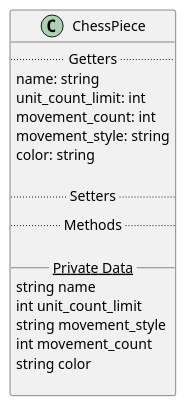
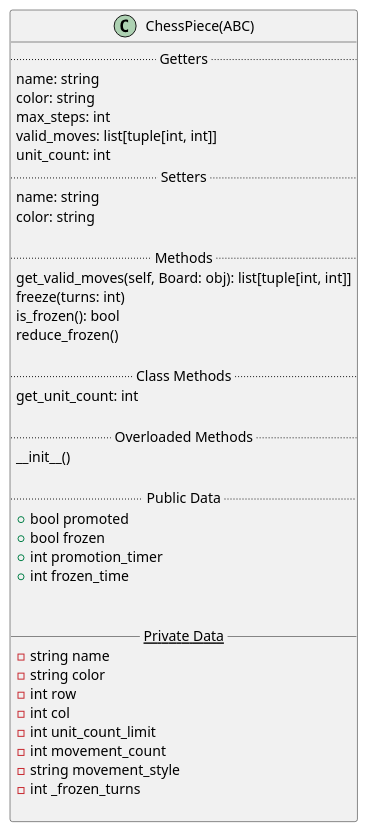
Before and after one commit to Jaynuke79/OOP-Student-Showcase: the diagram in plantumls/baseClass.puml, drawn with PlantUML. The commit also changed 8 other files, not shown here.

```diff
--- a/plantumls/baseClass.puml
+++ b/plantumls/baseClass.puml
@@ -1,19 +1,41 @@
-class ChessPiece {
+class ChessPiece(ABC) {
 .... Getters ....
 name: string
-unit_count_limit: int
-movement_count: int
-movement_style: string
+color: string
+max_steps: int
+valid_moves: list[tuple[int, int]]
+unit_count: int
+.... Setters ....
+name: string
 color: string
 
-.... Setters ....
 .... Methods ....
+get_valid_moves(self, Board: obj): list[tuple[int, int]]
+freeze(turns: int)
+is_frozen(): bool
+reduce_frozen()
+
+.... Class Methods ....
+get_unit_count: int
+
+.... Overloaded Methods ....
+__init__()
+
+.... Public Data ....
+ +bool promoted
+ +bool frozen
+ +int promotion_timer
+ +int frozen_time
+
 
 ____ Private Data ____
-string name
-int unit_count_limit
-string movement_style
-int movement_count
-string color
+ -string name
+ -string color
+ -int row
+ -int col
+ -int unit_count_limit
+ -int movement_count
+ -string movement_style
+ -int _frozen_turns
 
 }
```
